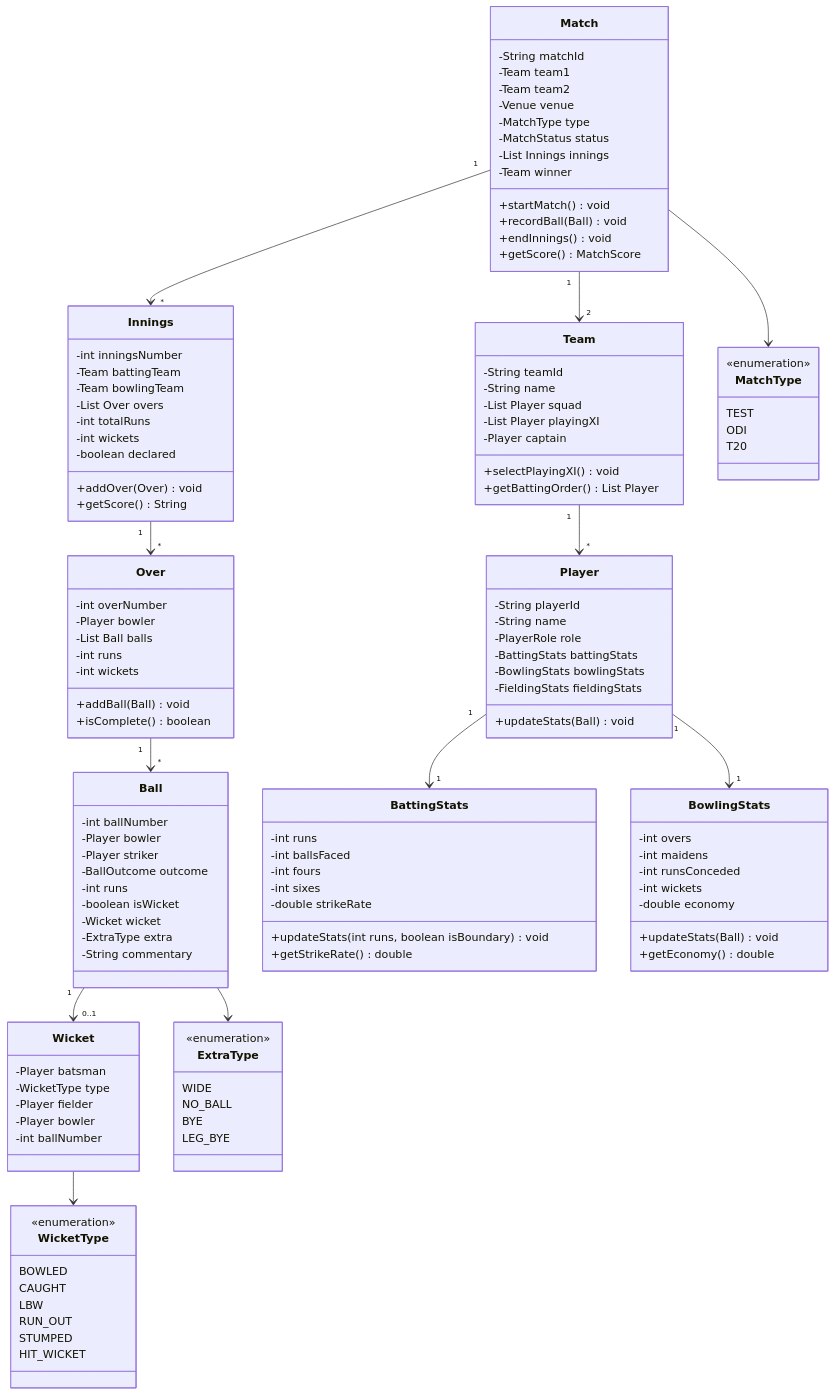
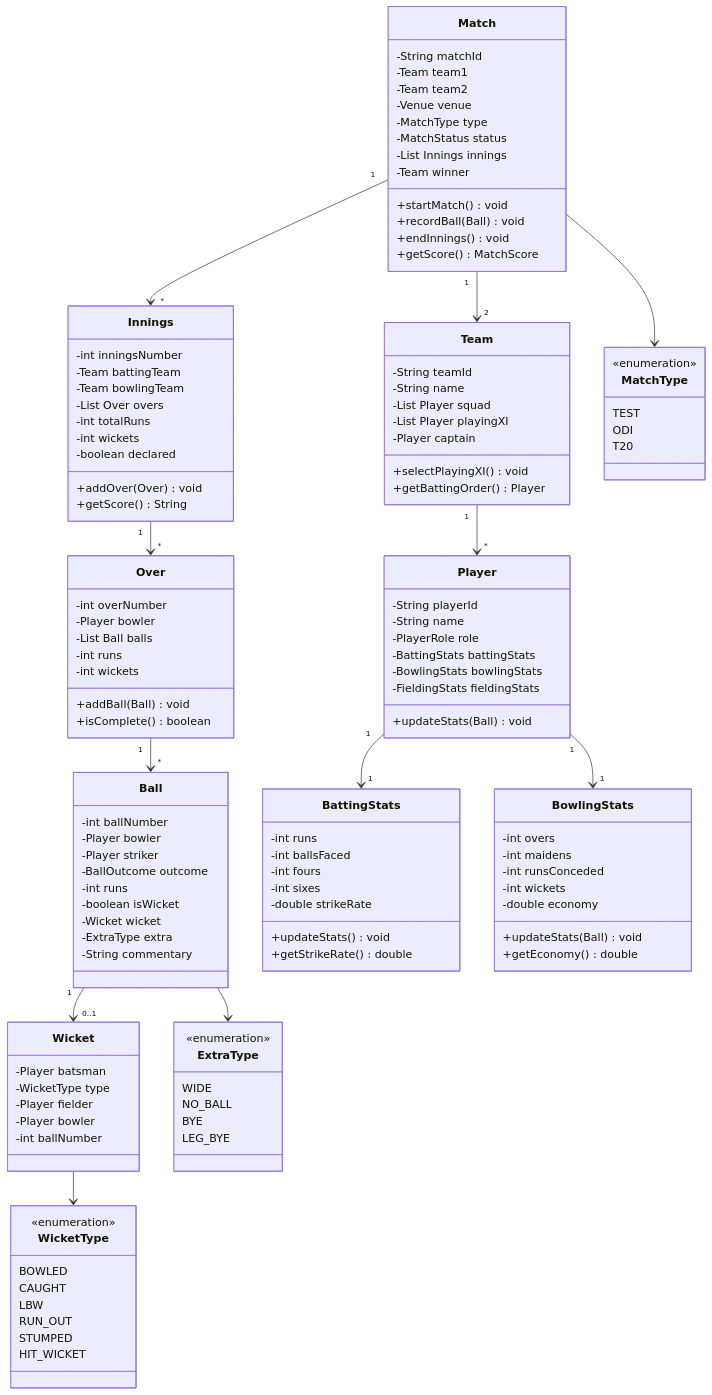
One commit to dlkr18/lld-playbook changed the diagram in docs/problems/cricinfo/README.md. Above: the diagram before and after it, drawn with Mermaid. The commit also changed 29 other files, not shown here.

First line of the commit message:
Fix Mermaid rendering: downgrade to v9, aggressive classDiagram sanitization.

```diff
--- a/docs/problems/cricinfo/README.md
+++ b/docs/problems/cricinfo/README.md
@@ -139,7 +139,7 @@
         -List Player playingXI
         -Player captain
         +selectPlayingXI() void
-        +getBattingOrder() List Player
+        +getBattingOrder() Player
     }
 
     class Player {
@@ -200,7 +200,7 @@
         -int fours
         -int sixes
         -double strikeRate
-        +updateStats(int runs, boolean isBoundary) void
+        +updateStats() void
         +getStrikeRate() double
     }
 
```
